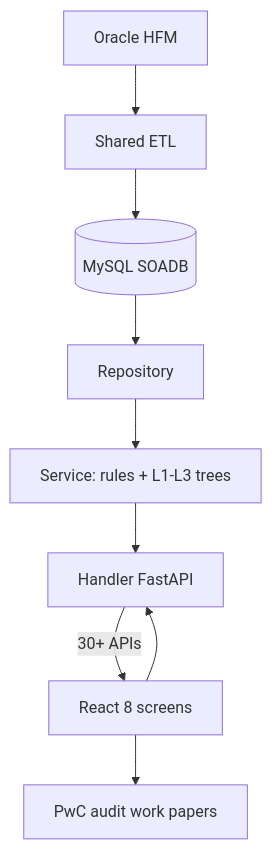
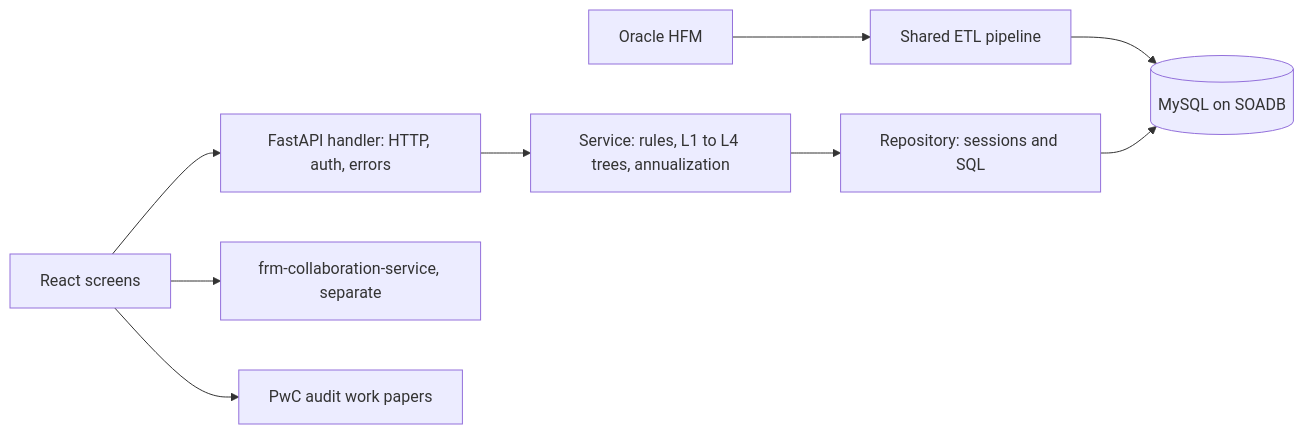
The first of 3 diagrams in final_pygo_ai/campaign_extras/interview_prep/projects/02_03_uber_frm_menu.md (TM-DEV-PRO/final-resume), drawn with Mermaid before and after one commit. The commit also changed other lines of this file and 617 other files, not shown here.

````diff
--- a/final_pygo_ai/campaign_extras/interview_prep/projects/02_03_uber_frm_menu.md
+++ b/final_pygo_ai/campaign_extras/interview_prep/projects/02_03_uber_frm_menu.md
@@ -46,11 +52,11 @@
 ```mermaid
-flowchart TB
-  HFM[Oracle HFM] --> ETL[Shared ETL]
-  ETL --> MySQL[(MySQL SOADB)]
-  MySQL --> Repo[Repository]
-  Repo --> Svc[Service: rules + L1-L3 trees]
-  Svc --> H[Handler FastAPI]
-  UI[React 8 screens] --> H
-  H -->|30+ APIs| UI
-  UI --> PwC[PwC audit work papers]
+flowchart LR
+  HFM["Oracle HFM"] --> ETL["Shared ETL pipeline"]
+  ETL --> DB[("MySQL on SOADB")]
+  UI["React screens"] --> H["FastAPI handler: HTTP, auth, errors"]
+  H --> S["Service: rules, L1 to L4 trees, annualization"]
+  S --> R["Repository: sessions and SQL"]
+  R --> DB
+  UI --> COLLAB["frm-collaboration-service, separate"]
+  UI --> PWC["PwC audit work papers"]
 ```
````
